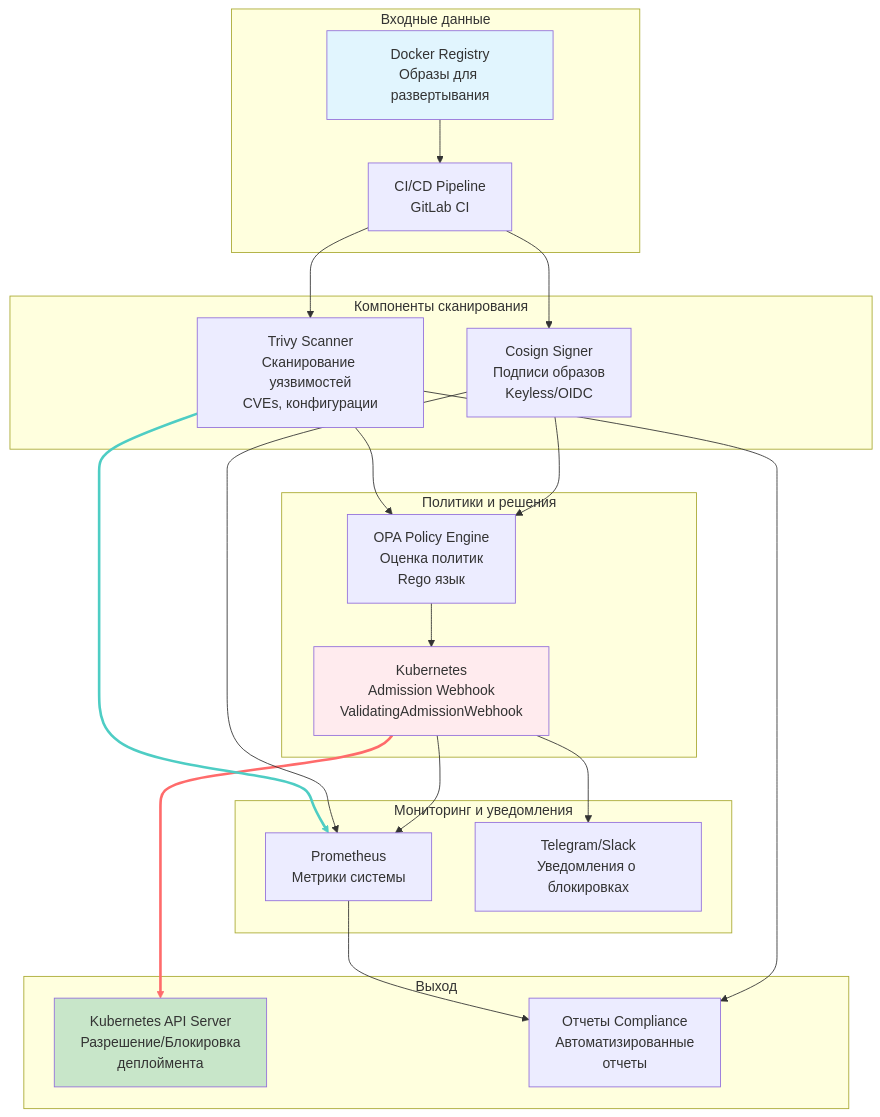
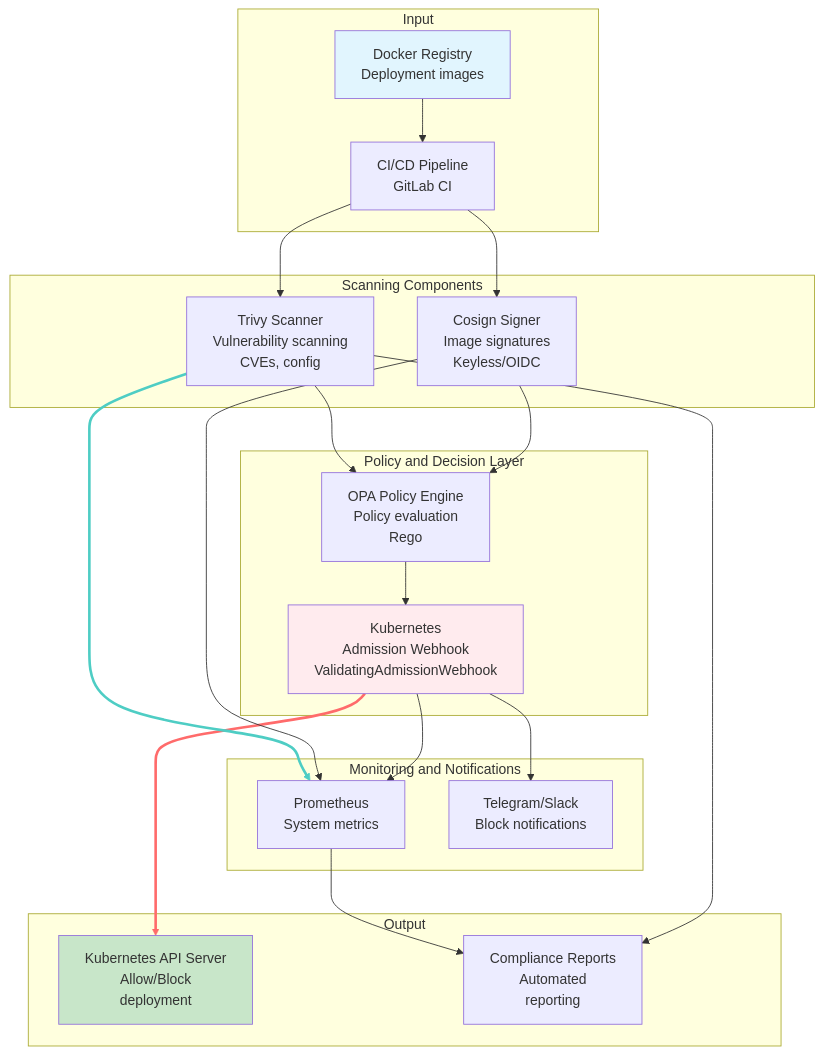
The first of 2 diagrams in README.md (lanebo1/MTS-Engineering-Hack-2025), drawn with Mermaid before and after one commit. The commit also changed other lines of this file and 15 other files, not shown here.

````diff
--- a/README.md
+++ b/README.md
@@ -24,50 +24,50 @@
 ```mermaid
 graph TB
-    subgraph "Входные данные"
-        A[Docker Registry<br/>Образы для развертывания]
+    subgraph "Input"
+        A[Docker Registry<br/>Deployment images]
         B[CI/CD Pipeline<br/>GitLab CI]
     end
 
-    subgraph "Компоненты сканирования"
-        C[Trivy Scanner<br/>Сканирование уязвимостей<br/>CVEs, конфигурации]
-        D[Cosign Signer<br/>Подписи образов<br/>Keyless/OIDC]
+    subgraph "Scanning Components"
+        C[Trivy Scanner<br/>Vulnerability scanning<br/>CVEs, config]
+        D[Cosign Signer<br/>Image signatures<br/>Keyless/OIDC]
     end
 
-    subgraph "Политики и решения"
-        E[OPA Policy Engine<br/>Оценка политик<br/>Rego язык]
+    subgraph "Policy and Decision Layer"
+        E[OPA Policy Engine<br/>Policy evaluation<br/>Rego]
         F[Kubernetes<br/>Admission Webhook<br/>ValidatingAdmissionWebhook]
     end
 
-    subgraph "Мониторинг и уведомления"
-        G[Prometheus<br/>Метрики системы]
-        H[Telegram/Slack<br/>Уведомления о блокировках]
+    subgraph "Monitoring and Notifications"
+        G[Prometheus<br/>System metrics]
+        H[Telegram/Slack<br/>Block notifications]
     end
 
-    subgraph "Выход"
-        I[Kubernetes API Server<br/>Разрешение/Блокировка<br/>деплоймента]
-        J[Отчеты Compliance<br/>Автоматизированные<br/>отчеты]
+    subgraph "Output"
+        I[Kubernetes API Server<br/>Allow/Block<br/>deployment]
+        J[Compliance Reports<br/>Automated<br/>reporting]
     end
 
     A --> B
     B --> C
     B --> D
     C --> E
     D --> E
     E --> F
     F --> I
 
     C --> G
     D --> G
     F --> G
     F --> H
 
     G --> J
     C --> J
 
     style A fill:#e1f5fe
     style I fill:#c8e6c9
     style F fill:#ffebee
 
     linkStyle 6 stroke:#ff6b6b,stroke-width:3px
     linkStyle 7 stroke:#4ecdc4,stroke-width:3px
 ```
````
